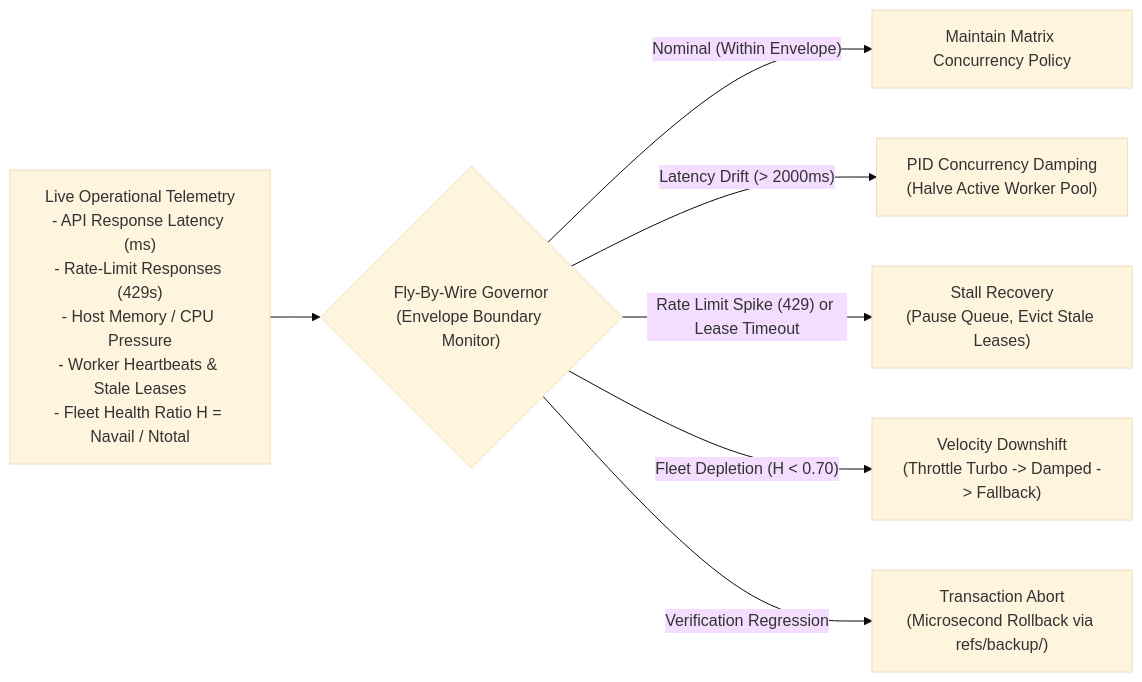
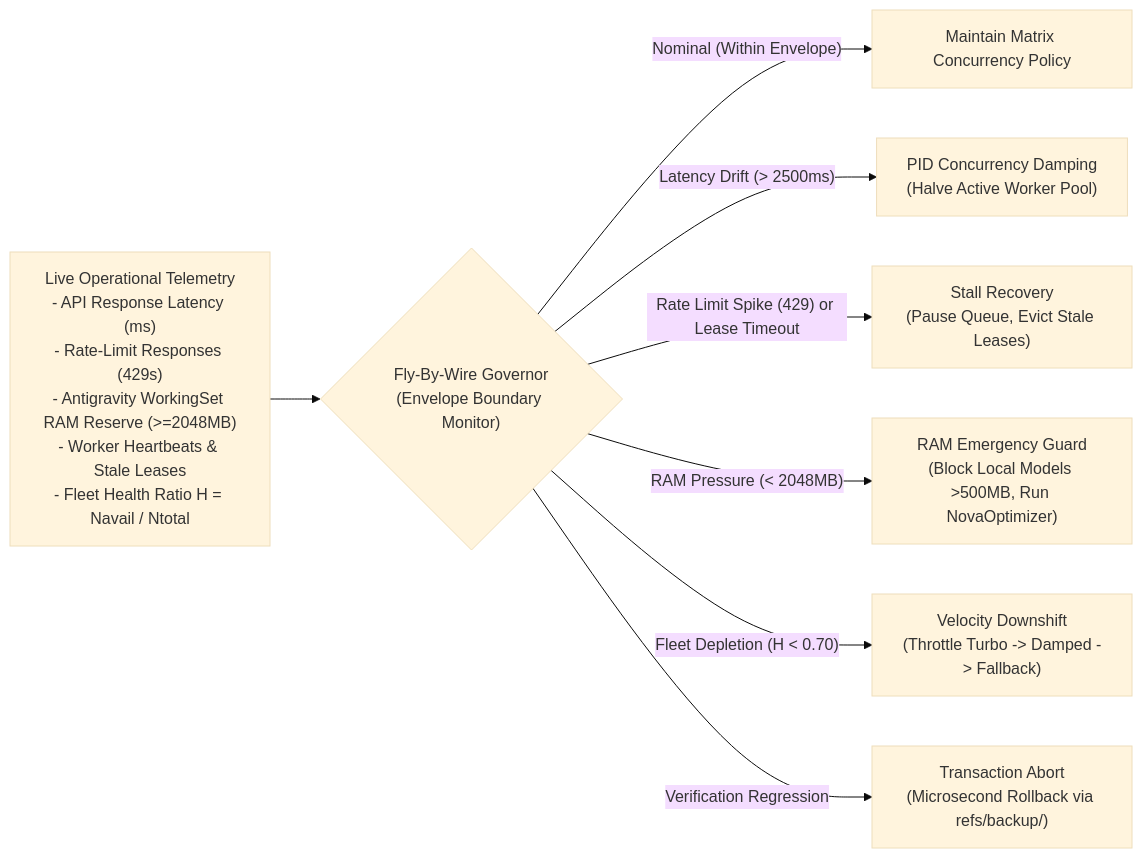
Before and after one commit to Aaradhya-Dev-Tamrakar/brainstorm: the diagram in tools/skills/adaptive-workflow/references/dynamic-flight-envelope.md, drawn with Mermaid (base theme). The commit also changed other lines of this file and 27 other files, not shown here.

````diff
--- a/tools/skills/adaptive-workflow/references/dynamic-flight-envelope.md
+++ b/tools/skills/adaptive-workflow/references/dynamic-flight-envelope.md
@@ -13,10 +13,11 @@
 ```mermaid
 flowchart LR
-    Telemetry["Live Operational Telemetry\n- API Response Latency (ms)\n- Rate-Limit Responses (429s)\n- Host Memory / CPU Pressure\n- Worker Heartbeats & Stale Leases\n- Fleet Health Ratio H = Navail / Ntotal"] --> Governor{"Fly-By-Wire Governor\n(Envelope Boundary Monitor)"}
+    Telemetry["Live Operational Telemetry\n- API Response Latency (ms)\n- Rate-Limit Responses (429s)\n- Antigravity WorkingSet RAM Reserve (>=2048MB)\n- Worker Heartbeats & Stale Leases\n- Fleet Health Ratio H = Navail / Ntotal"] --> Governor{"Fly-By-Wire Governor\n(Envelope Boundary Monitor)"}
     
     Governor -- "Nominal (Within Envelope)" --> Steady["Maintain Matrix Concurrency Policy"]
-    Governor -- "Latency Drift (> 2000ms)" --> Damping["PID Concurrency Damping\n(Halve Active Worker Pool)"]
+    Governor -- "Latency Drift (> 2500ms)" --> Damping["PID Concurrency Damping\n(Halve Active Worker Pool)"]
     Governor -- "Rate Limit Spike (429) or Lease Timeout" --> Stall["Stall Recovery\n(Pause Queue, Evict Stale Leases)"]
+    Governor -- "RAM Pressure (< 2048MB)" --> Throttle["RAM Emergency Guard\n(Block Local Models >500MB, Run NovaOptimizer)"]
     Governor -- "Fleet Depletion (H < 0.70)" --> Downshift["Velocity Downshift\n(Throttle Turbo -> Damped -> Fallback)"]
     Governor -- "Verification Regression" --> Abort["Transaction Abort\n(Microsecond Rollback via refs/backup/)"]
 ```
````
